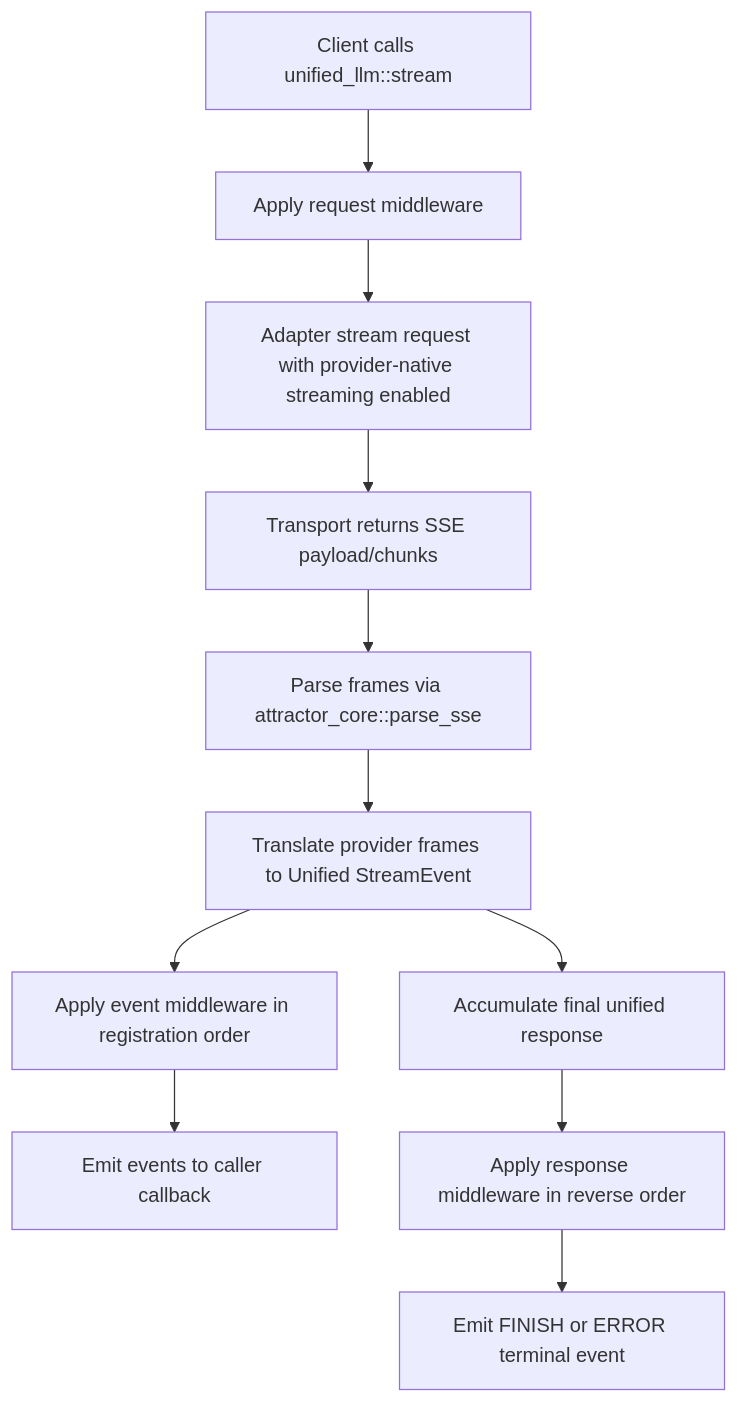
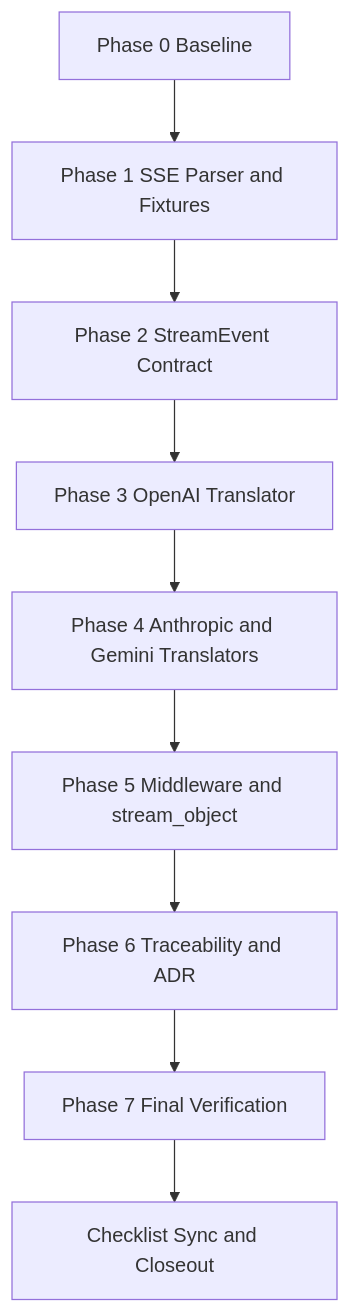
Before and after one commit to jaytaylor/attractor-tcl: the third of 5 diagrams in docs/sprints/SPRINT-005-comprehensive-implementation-plan.md, drawn with Mermaid. The commit also changed other lines of this file, not shown here.

````diff
--- a/docs/sprints/SPRINT-005-comprehensive-implementation-plan.md
+++ b/docs/sprints/SPRINT-005-comprehensive-implementation-plan.md
@@ -1042,13 +575,11 @@
 ```mermaid
 flowchart TD
-  A[Client calls unified_llm::stream] --> B[Apply request middleware]
-  B --> C[Adapter stream request with provider-native streaming enabled]
-  C --> D[Transport returns SSE payload/chunks]
-  D --> E[Parse frames via attractor_core::parse_sse]
-  E --> F[Translate provider frames to Unified StreamEvent]
-  F --> G[Apply event middleware in registration order]
-  G --> H[Emit events to caller callback]
-  F --> I[Accumulate final unified response]
-  I --> J[Apply response middleware in reverse order]
-  J --> K[Emit FINISH or ERROR terminal event]
+  A[Phase 0 Baseline] --> B[Phase 1 SSE Parser and Fixtures]
+  B --> C[Phase 2 StreamEvent Contract]
+  C --> D[Phase 3 OpenAI Translator]
+  D --> E[Phase 4 Anthropic and Gemini Translators]
+  E --> F[Phase 5 Middleware and stream_object]
+  F --> G[Phase 6 Traceability and ADR]
+  G --> H[Phase 7 Final Verification]
+  H --> I[Checklist Sync and Closeout]
 ```
````
